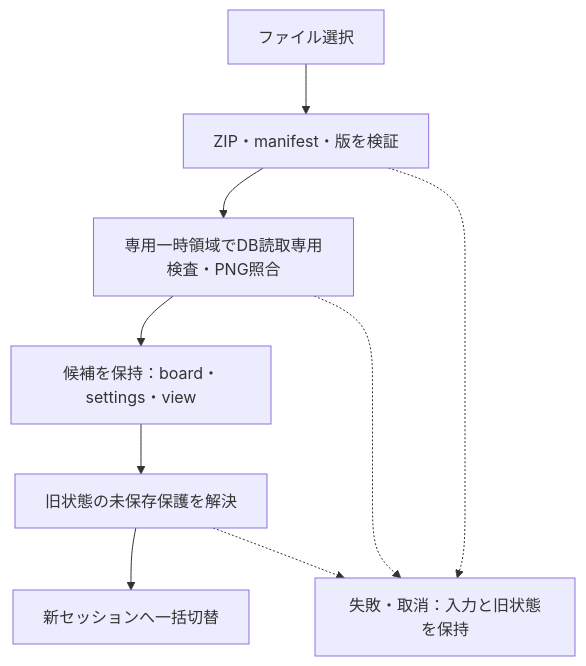
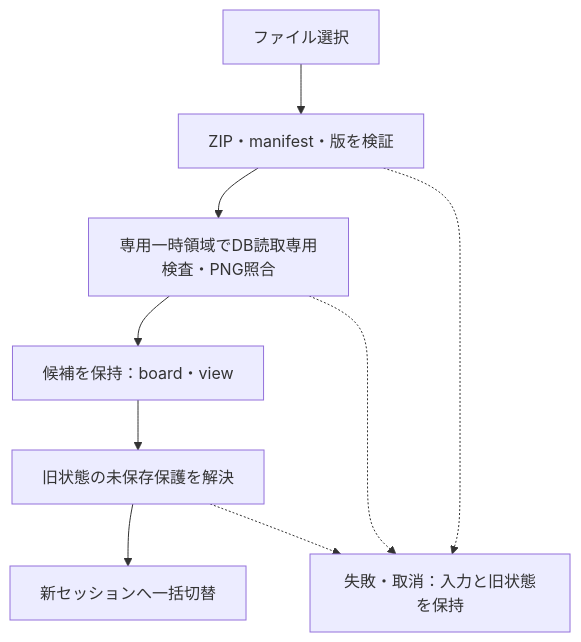
One commit to myzkkzy/reference-app changed the diagram in docs/product-design/functional-design/cross-cutting/DES-009-project-persistence-recovery.md. Above: the diagram before and after it, drawn with Mermaid. The commit also changed other lines of this file and 209 other files, not shown here.

````diff
--- a/docs/product-design/functional-design/cross-cutting/DES-009-project-persistence-recovery.md
+++ b/docs/product-design/functional-design/cross-cutting/DES-009-project-persistence-recovery.md
@@ -99,11 +94,11 @@
 ```mermaid
 flowchart TD
     A["ファイル選択"] --> B["ZIP・manifest・版を検証"]
     B --> C["専用一時領域でDB読取専用検査・PNG照合"]
-    C --> D["候補を保持：board・settings・view"]
+    C --> D["候補を保持：board・view"]
     D --> E["旧状態の未保存保護を解決"]
     E --> F["新セッションへ一括切替"]
     B -.-> X["失敗・取消：入力と旧状態を保持"]
     C -.-> X
     E -.-> X
 ```
````
